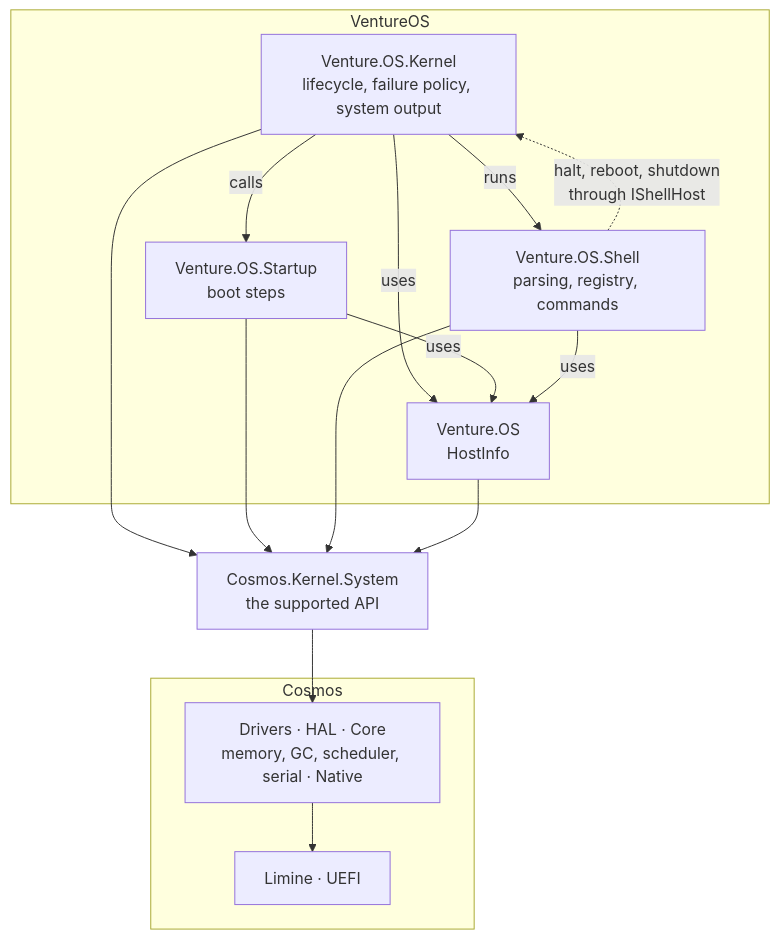
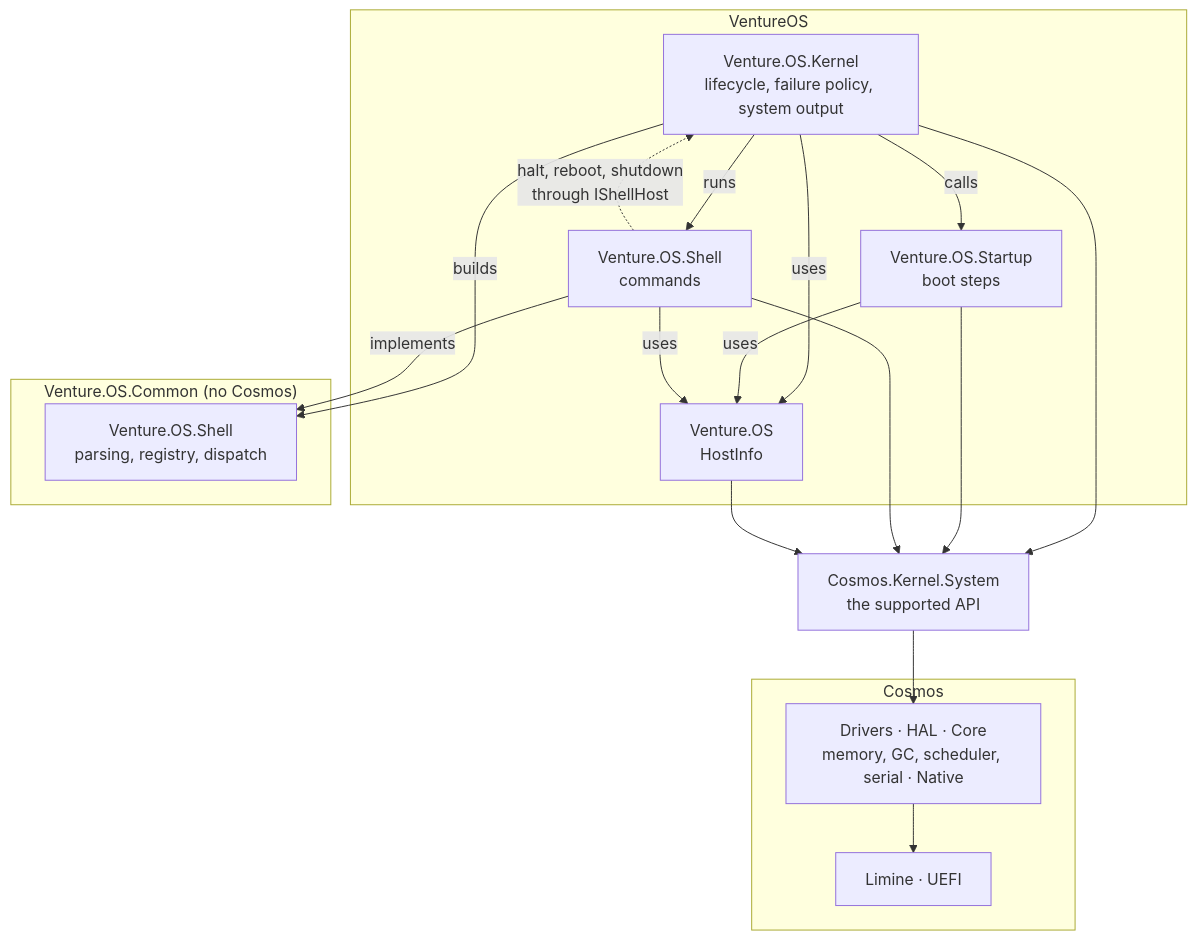
One commit to tonytins/VentureOS changed the first of 3 diagrams in docs/architecture.md. Above: the diagram before and after it, drawn with Mermaid. The commit also changed other lines of this file and 23 other files, not shown here.

First line of the commit message:
Added kernel-free Venture.OS.Common library and its tests

````diff
--- a/docs/architecture.md
+++ b/docs/architecture.md
@@ -144,29 +155,35 @@
 ```mermaid
 flowchart TD
     subgraph VentureOS
         Kernel["Venture.OS.Kernel<br/>lifecycle, failure policy, system output"]
         Startup["Venture.OS.Startup<br/>boot steps"]
-        Shell["Venture.OS.Shell<br/>parsing, registry, commands"]
+        Shell["Venture.OS.Shell<br/>commands"]
         Host["Venture.OS<br/>HostInfo"]
         Kernel -- calls --> Startup
         Kernel -- runs --> Shell
         Shell -. "halt, reboot, shutdown<br/>through IShellHost" .-> Kernel
         Kernel -- uses --> Host
         Startup -- uses --> Host
         Shell -- uses --> Host
     end
+
+    subgraph Common["Venture.OS.Common (no Cosmos)"]
+        Framework["Venture.OS.Shell<br/>parsing, registry, dispatch"]
+    end
+    Kernel -- builds --> Framework
+    Shell -- implements --> Framework
 
     Ring["Cosmos.Kernel.System<br/>the supported API"]
     Kernel --> Ring
     Startup --> Ring
     Shell --> Ring
     Host --> Ring
 
     subgraph Cosmos
         Lower["Drivers · HAL · Core<br/>memory, GC, scheduler, serial · Native"]
         Boot["Limine · UEFI"]
         Lower --> Boot
     end
 
     Ring --> Lower
 ```
````
